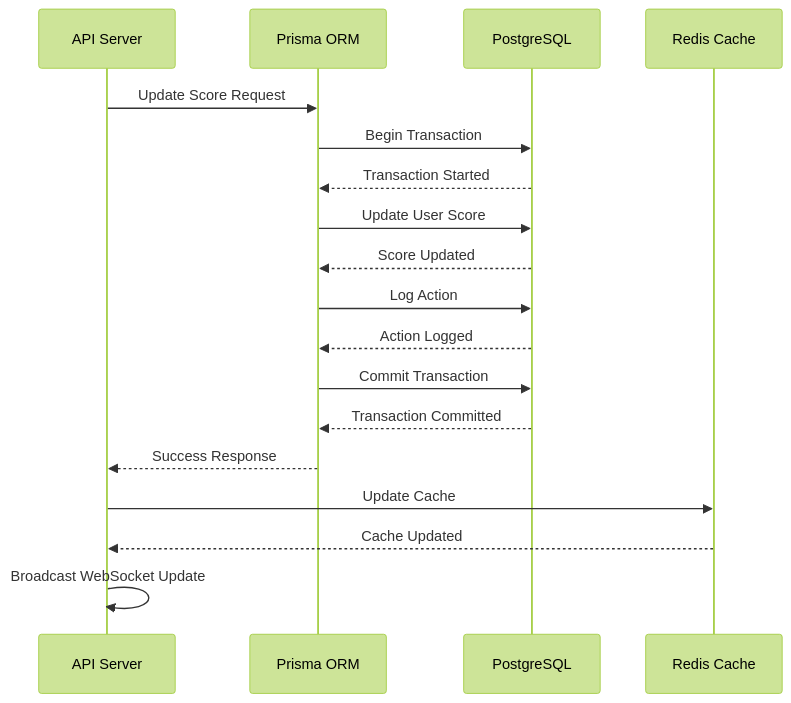
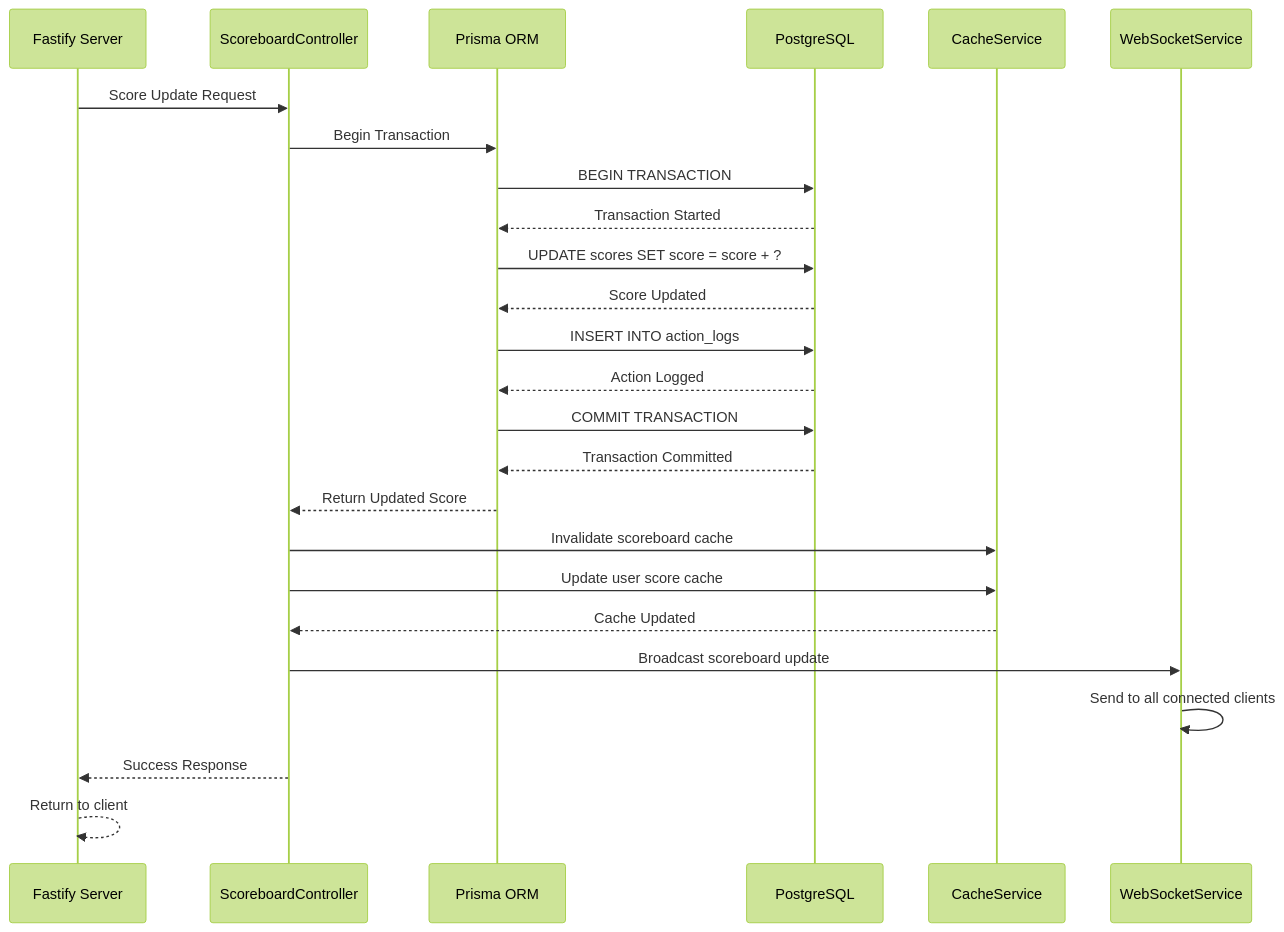
Before and after one commit to hashcott/code-challenge: diagram 22 of 22 in src/problem6/docs/FLOW_DIAGRAM.md, drawn with Mermaid (forest theme). The commit also changed other lines of this file, not shown here.

Commit message:
docs: flow diagram

````diff
--- a/src/problem6/docs/FLOW_DIAGRAM.md
+++ b/src/problem6/docs/FLOW_DIAGRAM.md
@@ -429,21 +475,28 @@
 ```mermaid
 sequenceDiagram
-    participant A as API Server
+    participant A as Fastify Server
+    participant SC as ScoreboardController
     participant P as Prisma ORM
     participant D as PostgreSQL
-    participant R as Redis Cache
+    participant C as CacheService
+    participant W as WebSocketService
     
-    A->>P: Update Score Request
-    P->>D: Begin Transaction
+    A->>SC: Score Update Request
+    SC->>P: Begin Transaction
+    P->>D: BEGIN TRANSACTION
     D-->>P: Transaction Started
-    P->>D: Update User Score
+    P->>D: UPDATE scores SET score = score + ?
     D-->>P: Score Updated
-    P->>D: Log Action
+    P->>D: INSERT INTO action_logs
     D-->>P: Action Logged
-    P->>D: Commit Transaction
+    P->>D: COMMIT TRANSACTION
     D-->>P: Transaction Committed
-    P-->>A: Success Response
-    A->>R: Update Cache
-    R-->>A: Cache Updated
-    A->>A: Broadcast WebSocket Update
+    P-->>SC: Return Updated Score
+    SC->>C: Invalidate scoreboard cache
+    SC->>C: Update user score cache
+    C-->>SC: Cache Updated
+    SC->>W: Broadcast scoreboard update
+    W->>W: Send to all connected clients
+    SC-->>A: Success Response
+    A-->>A: Return to client
 ```
````
